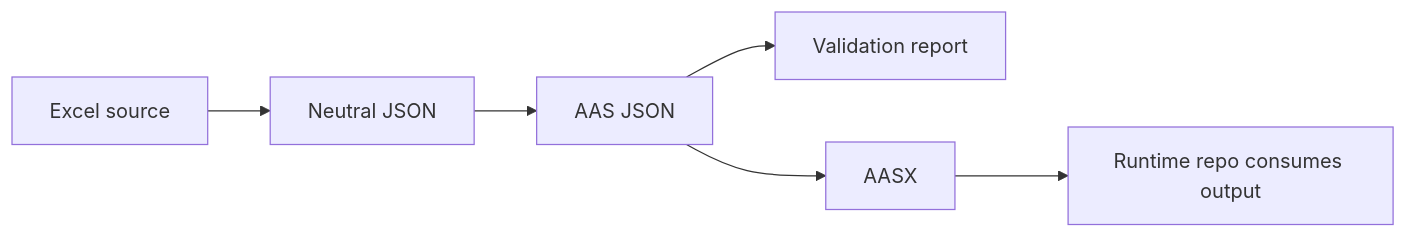
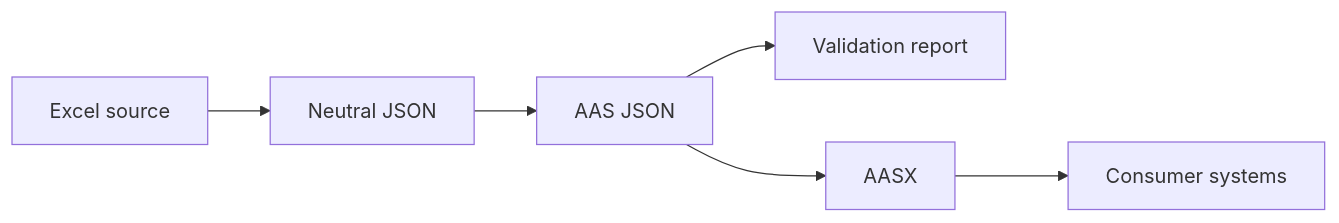
Before and after one commit to pratik-adhikari/excel-to-aasx: the second of 2 diagrams in docs/architecture.md, drawn with Mermaid. The commit also changed other lines of this file and 3 other files, not shown here.

````diff
--- a/docs/architecture.md
+++ b/docs/architecture.md
@@ -59,8 +40,8 @@
 ```mermaid
 flowchart LR
     X[Excel source] --> S1[Neutral JSON]
     S1 --> S2[AAS JSON]
     S2 --> S3[Validation report]
     S2 --> S4[AASX]
-    S4 --> R[Runtime repo consumes output]
+    S4 --> R[Consumer systems]
 ```
````
